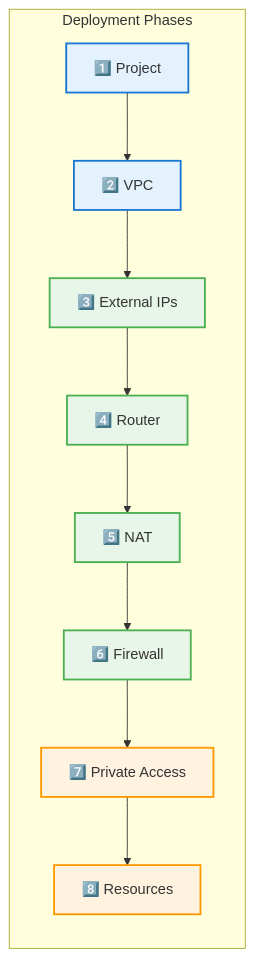
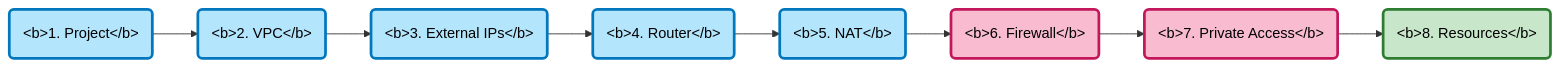
The third of 3 diagrams in docs/NETWORK_ARCHITECTURE.md (spolspol/terragrunt-gcp-org-automation), drawn with Mermaid before and after one commit. The commit also changed other lines of this file and 36 other files, not shown here.

````diff
--- a/docs/NETWORK_ARCHITECTURE.md
+++ b/docs/NETWORK_ARCHITECTURE.md
@@ -385,23 +171,19 @@
 ```mermaid
 flowchart LR
-    subgraph "Deployment Phases"
-        P1["1️⃣ Project"]
-        P2["2️⃣ VPC"]
-        P3["3️⃣ External IPs"]
-        P4["4️⃣ Router"]
-        P5["5️⃣ NAT"]
-        P6["6️⃣ Firewall"]
-        P7["7️⃣ Private Access"]
-        P8["8️⃣ Resources"]
-    end
-    
-    P1 --> P2 --> P3 --> P4 --> P5 --> P6 --> P7 --> P8
-    
-    classDef phase1 fill:#E3F2FD,stroke:#1976D2,stroke-width:2px
-    classDef phase2 fill:#E8F5E9,stroke:#4CAF50,stroke-width:2px
-    classDef phase3 fill:#FFF3E0,stroke:#FF9800,stroke-width:2px
-    
-    class P1,P2 phase1
-    class P3,P4,P5,P6 phase2
-    class P7,P8 phase3
+    P1("&lt;b&gt;1. Project&lt;/b&gt;") --> P2("&lt;b&gt;2. VPC&lt;/b&gt;")
+    P2 --> P3("&lt;b&gt;3. External IPs&lt;/b&gt;")
+    P3 --> P4("&lt;b&gt;4. Router&lt;/b&gt;")
+    P4 --> P5("&lt;b&gt;5. NAT&lt;/b&gt;")
+    P5 --> P6("&lt;b&gt;6. Firewall&lt;/b&gt;")
+    P6 --> P7("&lt;b&gt;7. Private Access&lt;/b&gt;")
+    P7 --> P8("&lt;b&gt;8. Resources&lt;/b&gt;")
+
+    style P1 stroke-width:3px,color:#000,fill:#b3e5fc,stroke:#0277bd
+    style P2 stroke-width:3px,color:#000,fill:#b3e5fc,stroke:#0277bd
+    style P3 stroke-width:3px,color:#000,fill:#b3e5fc,stroke:#0277bd
+    style P4 stroke-width:3px,color:#000,fill:#b3e5fc,stroke:#0277bd
+    style P5 stroke-width:3px,color:#000,fill:#b3e5fc,stroke:#0277bd
+    style P6 stroke-width:3px,color:#000,fill:#f8bbd0,stroke:#c2185b
+    style P7 stroke-width:3px,color:#000,fill:#f8bbd0,stroke:#c2185b
+    style P8 stroke-width:3px,color:#000,fill:#c8e6c9,stroke:#2e7d32
 ```
````
